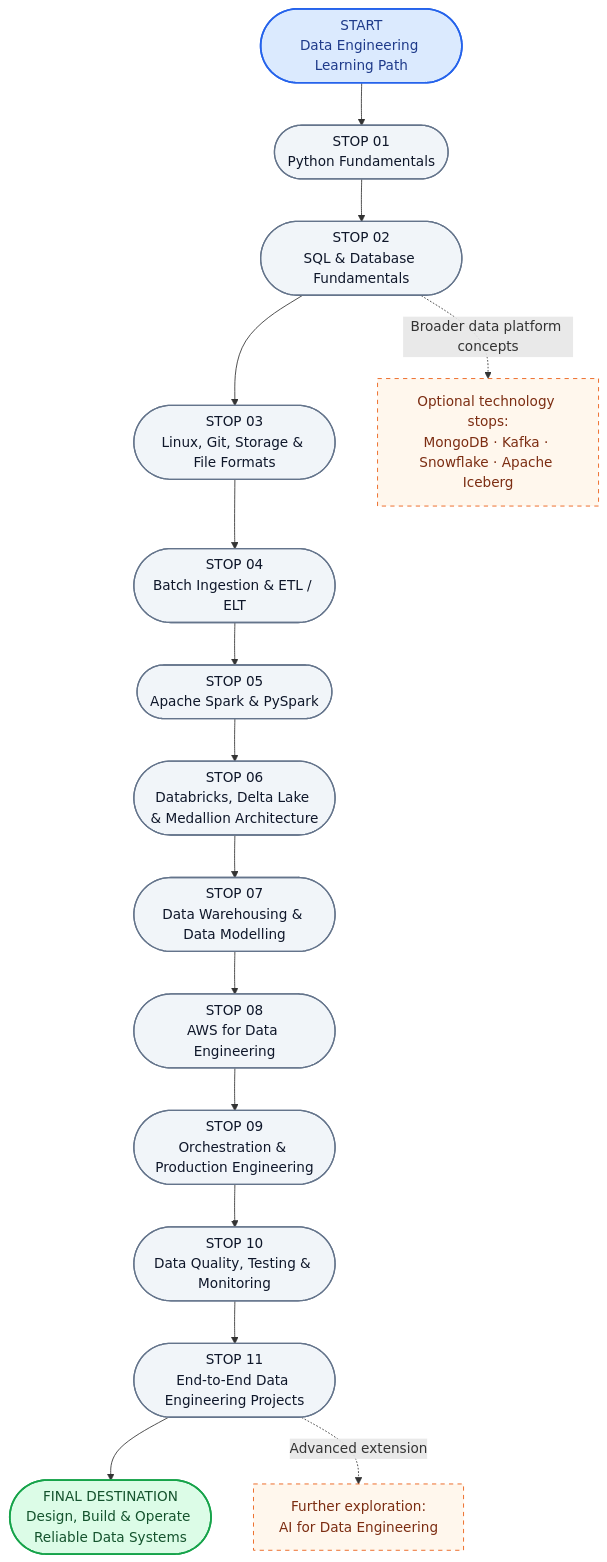
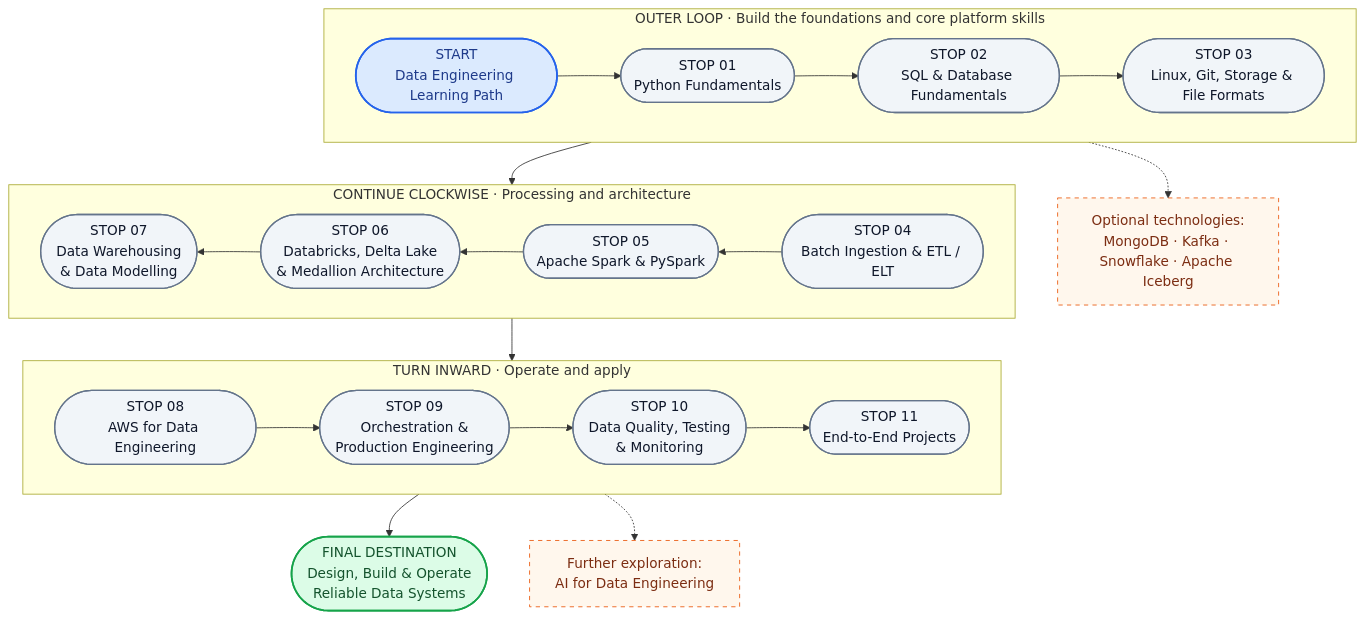
The diagram in README.md (rohanhrk/data-engineering-notes-2026), drawn with Mermaid before and after one commit.

Commit message:
docs: reshape learning roadmap into spiral flow

````diff
--- a/README.md
+++ b/README.md
@@ -29,33 +29,35 @@
 ```mermaid
 flowchart TB
-    A(["START<br/>Data Engineering Learning Path"])
+    subgraph OUTER["OUTER LOOP · Build the foundations and core platform skills"]
+        direction LR
+        A(["START<br/>Data Engineering Learning Path"]) --> B(["STOP 01<br/>Python Fundamentals"]) --> C(["STOP 02<br/>SQL & Database Fundamentals"]) --> D(["STOP 03<br/>Linux, Git, Storage & File Formats"])
+    end
 
-    A --> B(["STOP 01<br/>Python Fundamentals"])
-    B --> C(["STOP 02<br/>SQL & Database Fundamentals"])
-    C --> D(["STOP 03<br/>Linux, Git, Storage & File Formats"])
     D --> E(["STOP 04<br/>Batch Ingestion & ETL / ELT"])
-    E --> F(["STOP 05<br/>Apache Spark & PySpark"])
-    F --> G(["STOP 06<br/>Databricks, Delta Lake & Medallion Architecture"])
-    G --> H(["STOP 07<br/>Data Warehousing & Data Modelling"])
+    subgraph MIDDLE["CONTINUE CLOCKWISE · Processing and architecture"]
+        direction RL
+        E --> F(["STOP 05<br/>Apache Spark & PySpark"]) --> G(["STOP 06<br/>Databricks, Delta Lake<br/>& Medallion Architecture"]) --> H(["STOP 07<br/>Data Warehousing<br/>& Data Modelling"])
+    end
+
     H --> I(["STOP 08<br/>AWS for Data Engineering"])
-    I --> J(["STOP 09<br/>Orchestration & Production Engineering"])
-    J --> K(["STOP 10<br/>Data Quality, Testing & Monitoring"])
-    K --> L(["STOP 11<br/>End-to-End Data Engineering Projects"])
-    L --> M(["FINAL DESTINATION<br/>Design, Build & Operate Reliable Data Systems"])
+    subgraph INNER["TURN INWARD · Operate and apply"]
+        direction LR
+        I --> J(["STOP 09<br/>Orchestration &<br/>Production Engineering"]) --> K(["STOP 10<br/>Data Quality, Testing<br/>& Monitoring"]) --> L(["STOP 11<br/>End-to-End Projects"])
+    end
+    L --> M(["FINAL DESTINATION<br/>Design, Build & Operate<br/>Reliable Data Systems"])
 
-    N["Optional technology stops:<br/>MongoDB · Kafka · Snowflake · Apache Iceberg"]
+    N["Optional technologies:<br/>MongoDB · Kafka · Snowflake · Apache Iceberg"]
     O["Further exploration:<br/>AI for Data Engineering"]
-
-    C -. Broader data platform concepts .-> N
-    L -. Advanced extension .-> O
+    C -.-> N
+    L -.-> O
 
     classDef start fill:#dbeafe,stroke:#2563eb,color:#1e3a8a,stroke-width:2px
     classDef stop fill:#f1f5f9,stroke:#64748b,color:#0f172a,stroke-width:1.5px
     classDef finish fill:#dcfce7,stroke:#16a34a,color:#14532d,stroke-width:2px
     classDef optional fill:#fff7ed,stroke:#ea580c,color:#7c2d12,stroke-dasharray:5 5
 
     class A start
     class B,C,D,E,F,G,H,I,J,K,L stop
     class M finish
     class N,O optional
 ```
````
